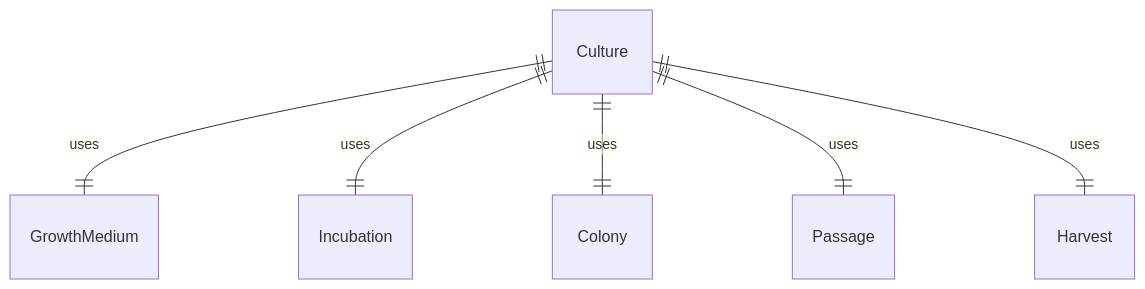
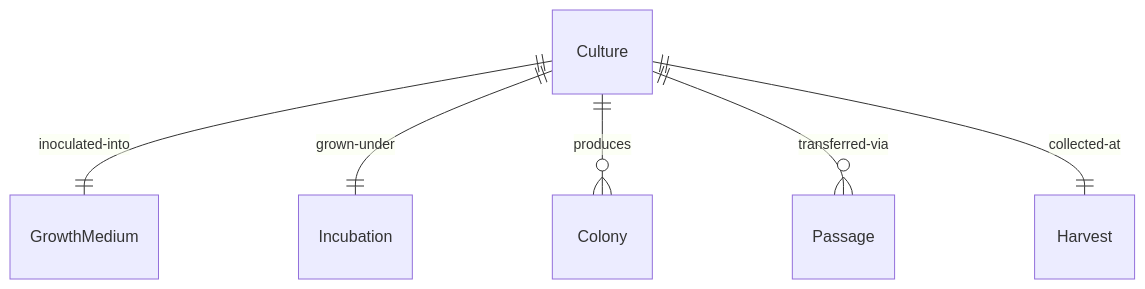
The first of 4 diagrams in HandlingAndMovingObjects/PrepareSpecimensOrMaterialsForTesting/CultivateMicro-organismsStudyTestingMedical.mdx (dot-org-ai/tasks.org.ai), drawn with Mermaid before and after one commit. The commit also changed other lines of this file and 515 other files, not shown here.

````diff
--- a/HandlingAndMovingObjects/PrepareSpecimensOrMaterialsForTesting/CultivateMicro-organismsStudyTestingMedical.mdx
+++ b/HandlingAndMovingObjects/PrepareSpecimensOrMaterialsForTesting/CultivateMicro-organismsStudyTestingMedical.mdx
@@ -88,8 +88,8 @@
 ```mermaid
 erDiagram
-    Culture ||--|| GrowthMedium : "uses"
-    Culture ||--|| Incubation : "uses"
-    Culture ||--|| Colony : "uses"
-    Culture ||--|| Passage : "uses"
-    Culture ||--|| Harvest : "uses"
+    Culture ||--|| GrowthMedium : "inoculated-into"
+    Culture ||--|| Incubation : "grown-under"
+    Culture ||--o{ Colony : "produces"
+    Culture ||--o{ Passage : "transferred-via"
+    Culture ||--|| Harvest : "collected-at"
 ```
````
